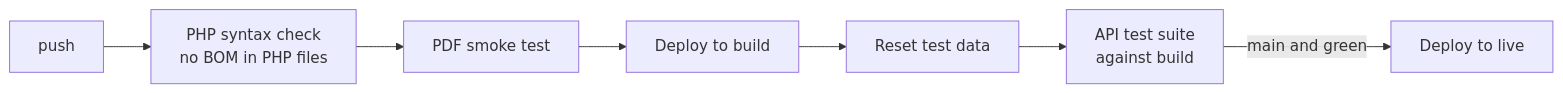
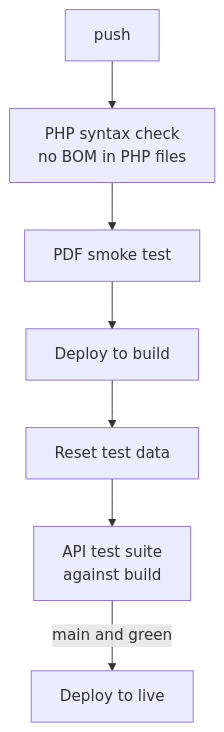
Before and after one commit to Tschuchi/EDChar-Docs: the second of 2 diagrams in docs/architektur/environments.en.md, drawn with Mermaid. The commit also changed 6 other files, not shown here.

First line of the commit message:
Tickets 240 und 248: ADR 0015 präzisiert; README, Markenhinweis, Repo-Link, Startseite, Diagramme

````diff
--- a/docs/architektur/environments.en.md
+++ b/docs/architektur/environments.en.md
@@ -34,8 +34,8 @@
 ```mermaid
-flowchart LR
+flowchart TB
     P[push] --> L[PHP syntax check<br/>no BOM in PHP files]
     L --> S[PDF smoke test]
     S --> D1[Deploy to build]
     D1 --> R[Reset test data] --> T[API test suite<br/>against build]
     T -- main and green --> D2[Deploy to live]
 ```
````
